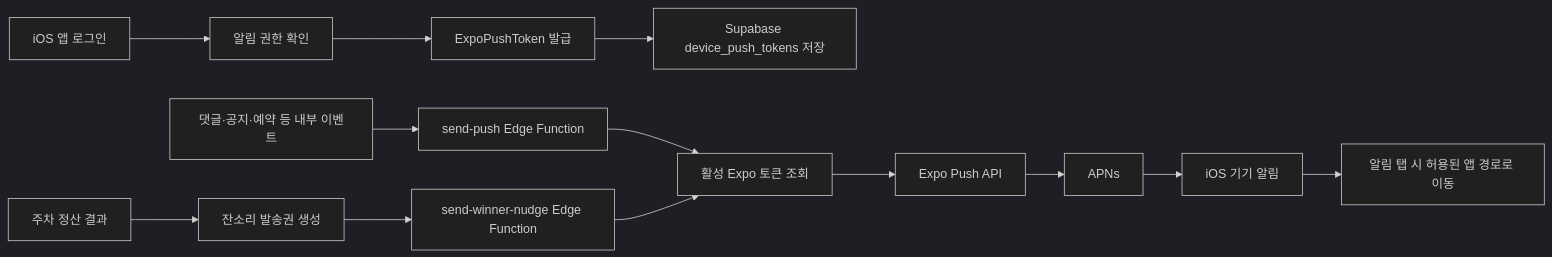
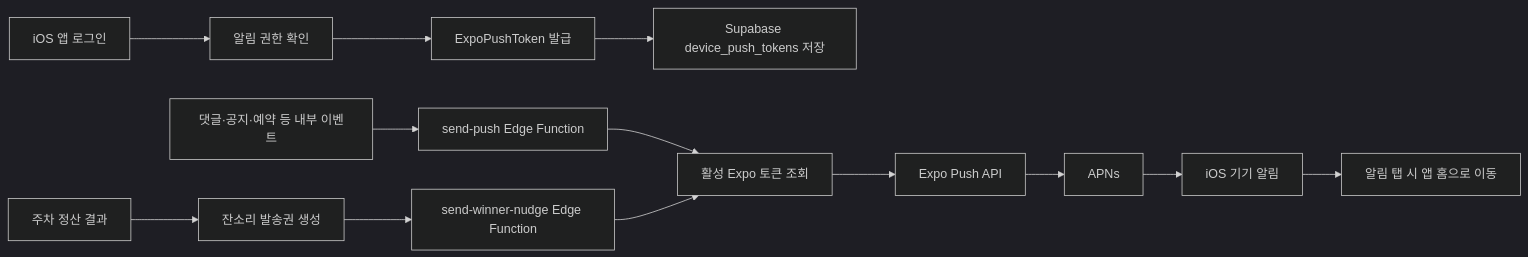
Before and after one commit to soundspeedskye/zaringovy: the first of 2 diagrams in docs/03-app-push.md, drawn with Mermaid (dark theme). The commit also changed other lines of this file and 5 other files, not shown here.

````diff
--- a/docs/03-app-push.md
+++ b/docs/03-app-push.md
@@ -29,15 +30,15 @@
 ```mermaid
 flowchart LR
     A[iOS 앱 로그인] --> B[알림 권한 확인]
     B --> C[ExpoPushToken 발급]
     C --> D[Supabase device_push_tokens 저장]
     E[댓글·공지·예약 등 내부 이벤트] --> F[send-push Edge Function]
     L[주차 정산 결과] --> M[잔소리 발송권 생성]
     M --> N[send-winner-nudge Edge Function]
     F --> G[활성 Expo 토큰 조회]
     G --> H[Expo Push API]
     H --> I[APNs]
     N --> G
     I --> J[iOS 기기 알림]
-    J --> K[알림 탭 시 허용된 앱 경로로 이동]
+    J --> K[알림 탭 시 앱 홈으로 이동]
 ```
````
